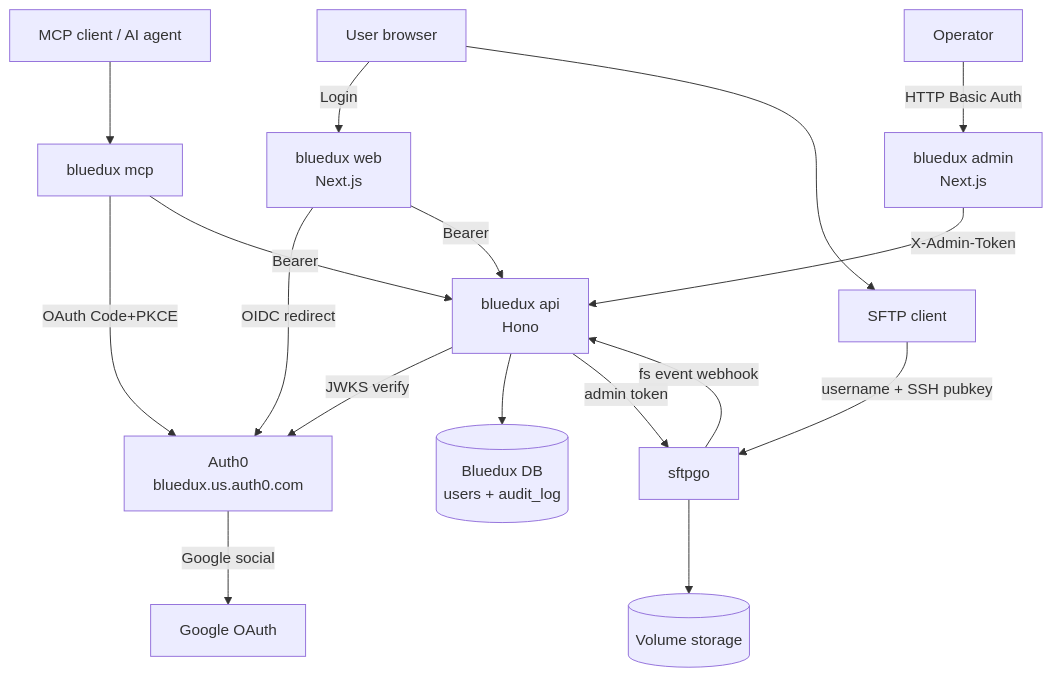
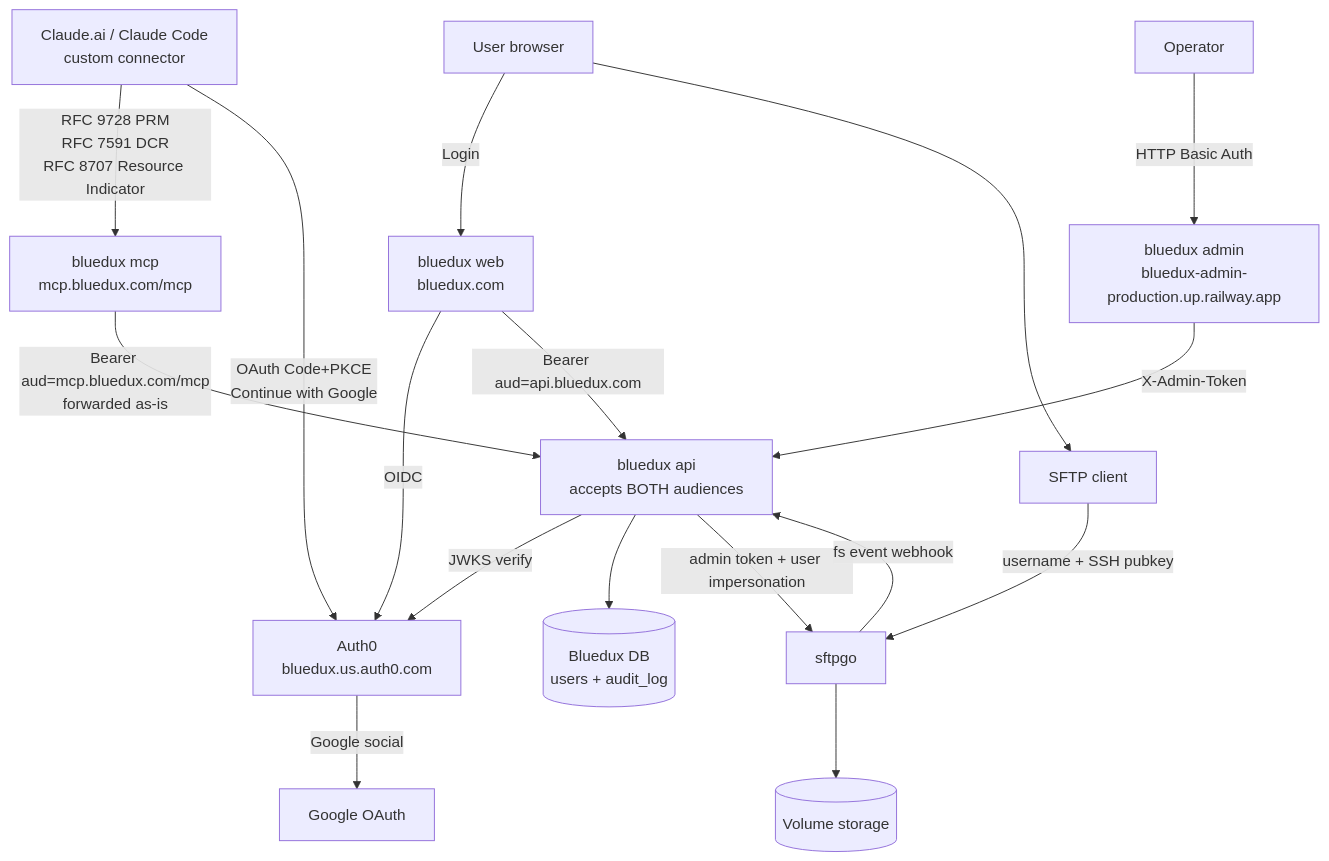
One commit to BlueStoneB17n/BlueduxV2 changed the diagram in fact.md. Above: the diagram before and after it, drawn with Mermaid. The commit also changed other lines of this file, not shown here.

First line of the commit message:
docs(fact): update with Claude.ai connector, dual-audience, and gotchas

````diff
--- a/fact.md
+++ b/fact.md
@@ -9,22 +9,22 @@
 ```mermaid
 flowchart TD
-  U[User browser] -->|Login| WEB[bluedux web<br/>Next.js]
+  U[User browser] -->|Login| WEB[bluedux web<br/>bluedux.com]
   U --> SFTPClient[SFTP client]
-  Agent[MCP client / AI agent] --> MCP[bluedux mcp]
-  Operator[Operator] -->|HTTP Basic Auth| ADMIN[bluedux admin<br/>Next.js]
+  Claude[Claude.ai / Claude Code<br/>custom connector] -->|RFC 9728 PRM<br/>RFC 7591 DCR<br/>RFC 8707 Resource Indicator| MCP[bluedux mcp<br/>mcp.bluedux.com/mcp]
+  Operator[Operator] -->|HTTP Basic Auth| ADMIN[bluedux admin<br/>bluedux-admin-production.up.railway.app]
 
-  WEB -->|OIDC redirect| AUTH[Auth0<br/>bluedux.us.auth0.com]
-  MCP -->|OAuth Code+PKCE| AUTH
+  WEB -->|OIDC| AUTH[Auth0<br/>bluedux.us.auth0.com]
+  Claude -->|OAuth Code+PKCE<br/>Continue with Google| AUTH
   AUTH -->|Google social| Google[Google OAuth]
 
-  WEB -->|Bearer| API[bluedux api<br/>Hono]
-  MCP -->|Bearer| API
+  WEB -->|Bearer aud=api.bluedux.com| API[bluedux api<br/>accepts BOTH audiences]
+  MCP -->|Bearer aud=mcp.bluedux.com/mcp<br/>forwarded as-is| API
   ADMIN -->|X-Admin-Token| API
 
   API -->|JWKS verify| AUTH
   API --> DB[(Bluedux DB<br/>users + audit_log)]
-  API -->|admin token| SFTPGo[sftpgo]
+  API -->|admin token + user impersonation| SFTPGo[sftpgo]
   SFTPClient -->|username + SSH pubkey| SFTPGo
   SFTPGo --> Storage[(Volume storage)]
   SFTPGo -->|fs event webhook| API
 ```
````
